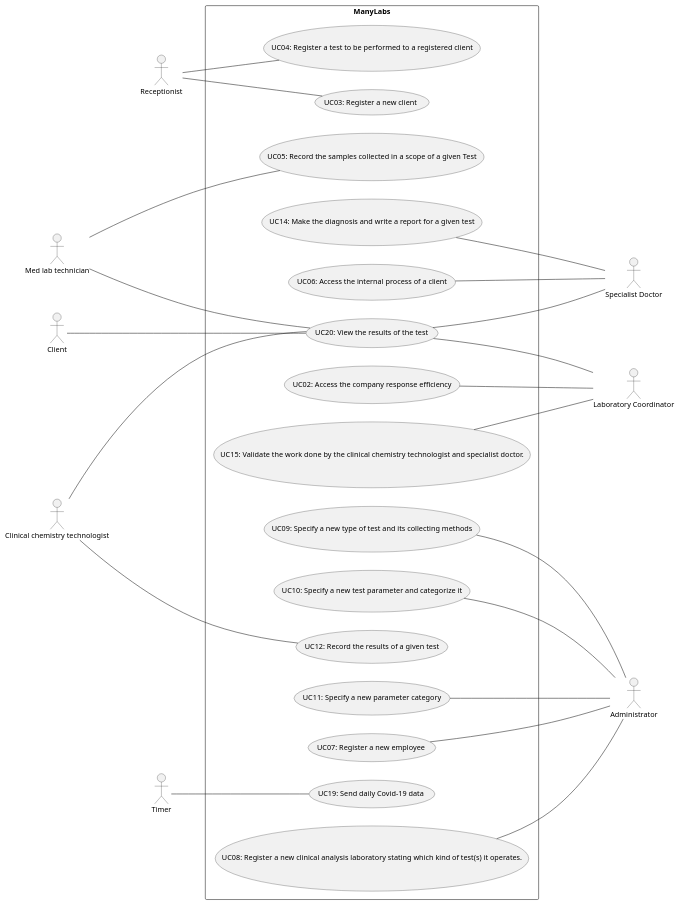
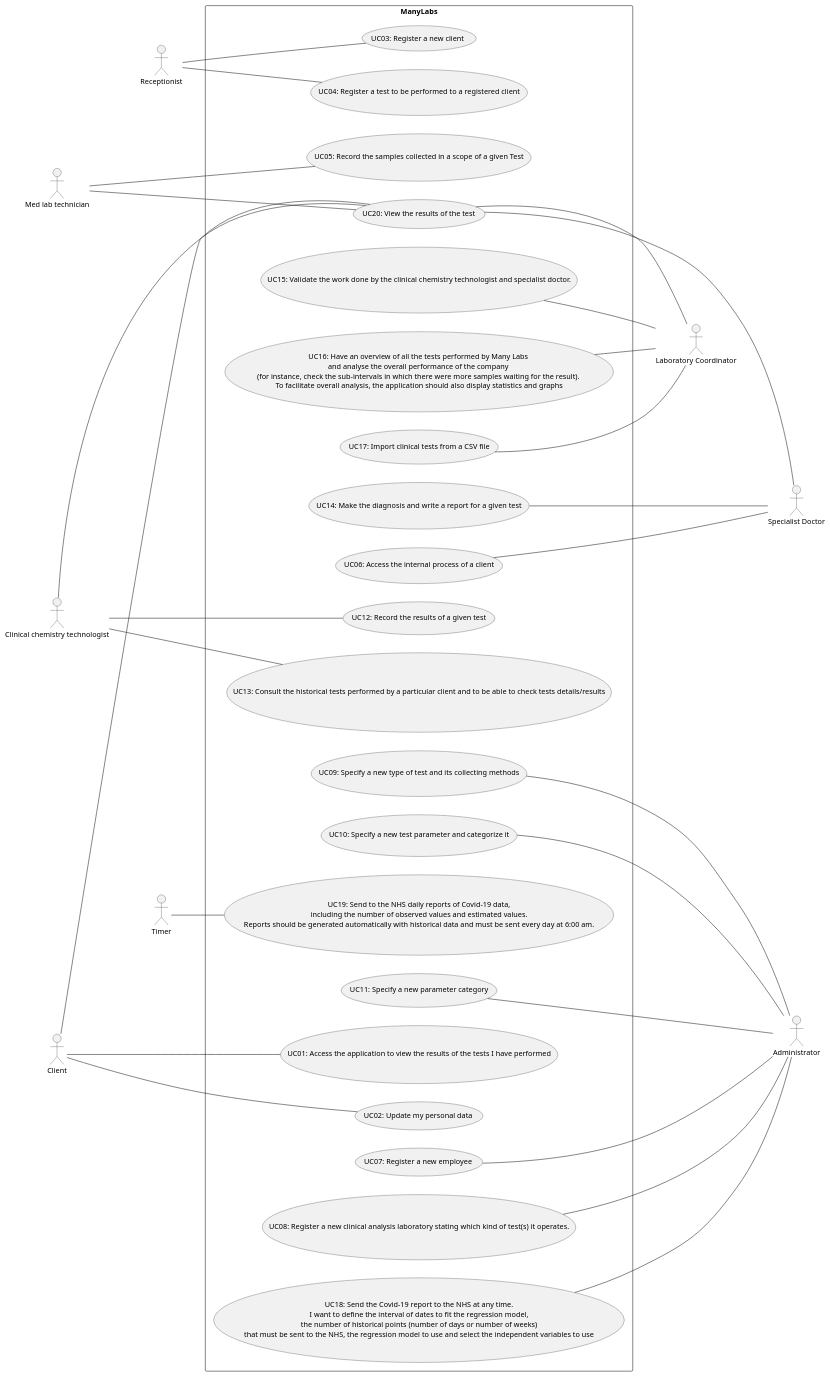
The diagram in docs/SprintD/UCD/UCD.puml (manu-07-ela/LAPR2_ISEP), drawn with PlantUML before and after one commit. The commit also changed 2 other files, not shown here.

```diff
--- a/docs/SprintD/UCD/UCD.puml
+++ b/docs/SprintD/UCD/UCD.puml
@@ -1,59 +1,71 @@
 @startuml
 'https://plantuml.com/use-case-diagram
 left to right direction
 actor "Administrator" as Adm
 actor "Receptionist" as Recp
 actor "Med lab technician" as MedLab
 actor "Clinical chemistry technologist" as ClinTec
 actor "Specialist Doctor" as Doc
 actor "Laboratory Coordinator" as LabCod
 actor "Timer" as Timer
 actor "Client" as Client
 
 
 rectangle ManyLabs{
 
 usecase "UC03: Register a new client" as UC03
 usecase "UC20: View the results of the test" as UC20
 usecase "UC04: Register a test to be performed to a registered client" as UC04
 usecase "UC14: Make the diagnosis and write a report for a given test" as UC14
 usecase "UC09: Specify a new type of test and its collecting methods" as UC09
 usecase "UC10: Specify a new test parameter and categorize it" as UC10
 usecase "UC11: Specify a new parameter category" as UC11
 usecase "UC06: Access the internal process of a client" as UC06
-usecase "UC02: Access the company response efficiency" as UC02
+usecase "UC02: Update my personal data" as UC02
 usecase "UC05: Record the samples collected in a scope of a given Test" as UC05
-usecase "UC19: Send daily Covid-19 data" as UC19
+usecase "UC19: Send to the NHS daily reports of Covid-19 data,\nincluding the number of observed values and estimated values.\nReports should be generated automatically with historical data and must be sent every day at 6:00 am." as UC19
 usecase "UC07: Register a new employee" as UC07
 usecase "UC08: Register a new clinical analysis laboratory stating which kind of test(s) it operates." as UC08
 usecase "UC12: Record the results of a given test" as UC12
 usecase "UC15: Validate the work done by the clinical chemistry technologist and specialist doctor." as UC15
+usecase "UC01: Access the application to view the results of the tests I have performed" as UC01
+usecase "UC13: Consult the historical tests performed by a particular client and to be able to check tests details/results" as UC13
+usecase "UC16: Have an overview of all the tests performed by Many Labs \nand analyse the overall performance of the company \n(for instance, check the sub-intervals in which there were more samples waiting for the result). \nTo facilitate overall analysis, the application should also display statistics and graphs" as UC16
+usecase "UC17: Import clinical tests from a CSV file" as UC17
+usecase "UC18: Send the Covid-19 report to the NHS at any time.\nI want to define the interval of dates to fit the regression model,\nthe number of historical points (number of days or number of weeks)\nthat must be sent to the NHS, the regression model to use and select the independent variables to use" as UC18
 }
 
 Recp -- UC03
 Recp -- UC04
 Client --- UC20
+Client -- UC01
+Client -- UC02
 UC14 -- Doc
 MedLab --- UC20
 ClinTec -- UC12
 ClinTec --- UC20
+ClinTec -- UC13
 UC07 --- Adm
 UC08 --- Adm
 UC09 --- Adm
 UC11 --- Adm
 UC10 --- Adm
+UC18 -- Adm
 UC05 --- MedLab
 UC06 --- Doc
 UC20 --- Doc
-UC02 --- LabCod
 UC20 -- LabCod
 UC15 -- LabCod
+UC16 -- LabCod
+UC17 -- LabCod
+
+
 Timer -- UC19
 
 
 
 
 
 
 
 @enduml
```
